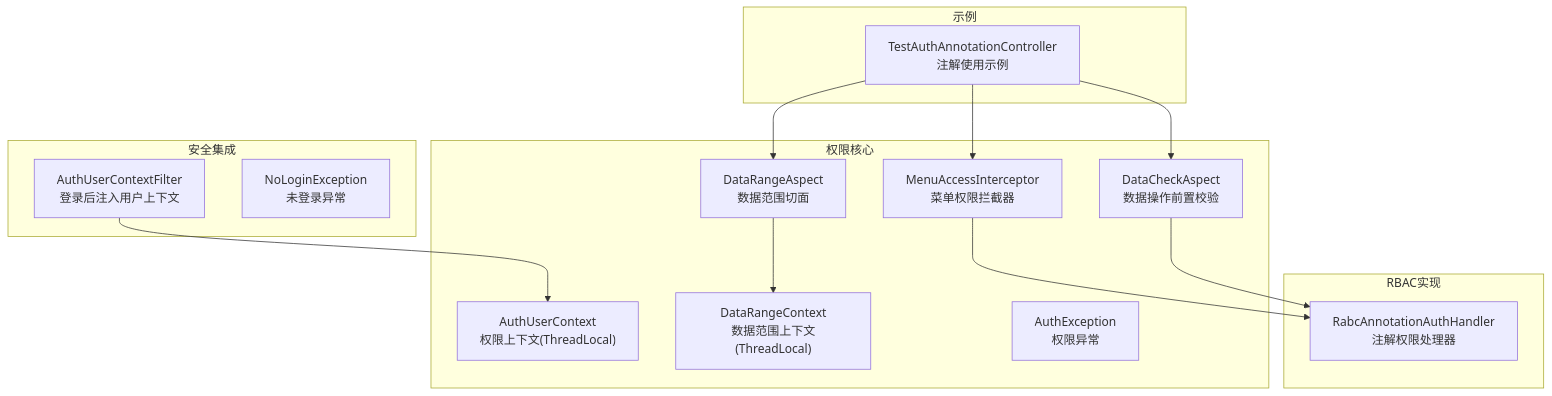
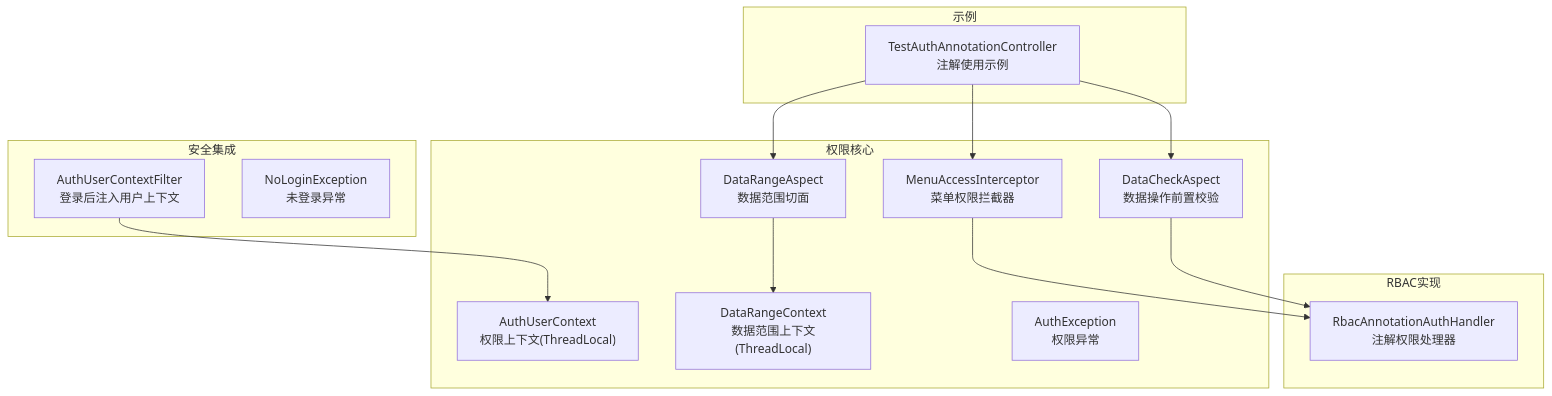
Before and after one commit to LiukewenSC/kewen-framework: the first of 6 diagrams in .qoder/repowiki/zh/content/故障排除/权限问题排查.md, drawn with Mermaid. The commit also changed other lines of this file and 764 other files, not shown here.

````diff
--- a/.qoder/repowiki/zh/content/故障排除/权限问题排查.md
+++ b/.qoder/repowiki/zh/content/故障排除/权限问题排查.md
@@ -42,28 +42,28 @@
 ```mermaid
 graph TB
 subgraph "权限核心"
 A["AuthUserContext<br/>权限上下文(ThreadLocal)"]
 B["MenuAccessInterceptor<br/>菜单权限拦截器"]
 C["DataRangeAspect<br/>数据范围切面"]
 D["DataCheckAspect<br/>数据操作前置校验"]
 E["DataRangeContext<br/>数据范围上下文(ThreadLocal)"]
 F["AuthException<br/>权限异常"]
 end
 subgraph "RBAC实现"
-G["RabcAnnotationAuthHandler<br/>注解权限处理器"]
+G["RbacAnnotationAuthHandler<br/>注解权限处理器"]
 end
 subgraph "安全集成"
 H["AuthUserContextFilter<br/>登录后注入用户上下文"]
 I["NoLoginException<br/>未登录异常"]
 end
 subgraph "示例"
 J["TestAuthAnnotationController<br/>注解使用示例"]
 end
 H --> A
 B --> G
 C --> E
 D --> G
 J --> B
 J --> C
 J --> D
 ```
````
